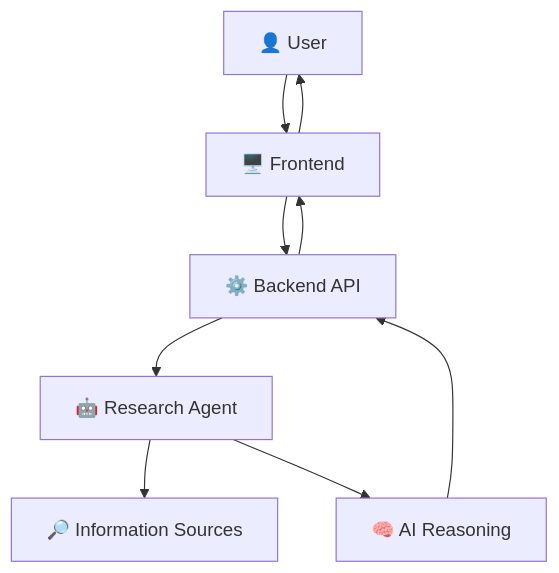
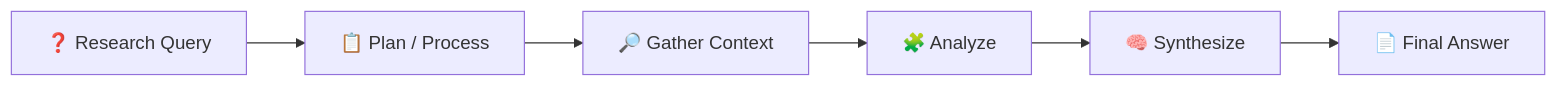
One commit to Priyanshu710-ui/AI-Research-Agent changed the second of 4 diagrams in README.md. Above: the diagram before and after it, drawn with Mermaid. The commit also changed other lines of this file, not shown here.

Commit message:
Replace diagram-only README with detailed AI project documentation

````diff
--- a/README.md
+++ b/README.md
@@ -18,9 +45,8 @@
 ```mermaid
-flowchart TB
-    U[👤 User] --> F[🖥️ Frontend]
-    F --> B[⚙️ Backend API]
-    B --> AG[🤖 Research Agent]
-    AG --> SRC[🔎 Information Sources]
-    AG --> LLM[🧠 AI Reasoning]
-    LLM --> B --> F --> U
+flowchart LR
+    Q[❓ Research Query] --> P[📋 Plan / Process]
+    P --> S[🔎 Gather Context]
+    S --> A[🧩 Analyze]
+    A --> Y[🧠 Synthesize]
+    Y --> R[📄 Final Answer]
 ```
````
